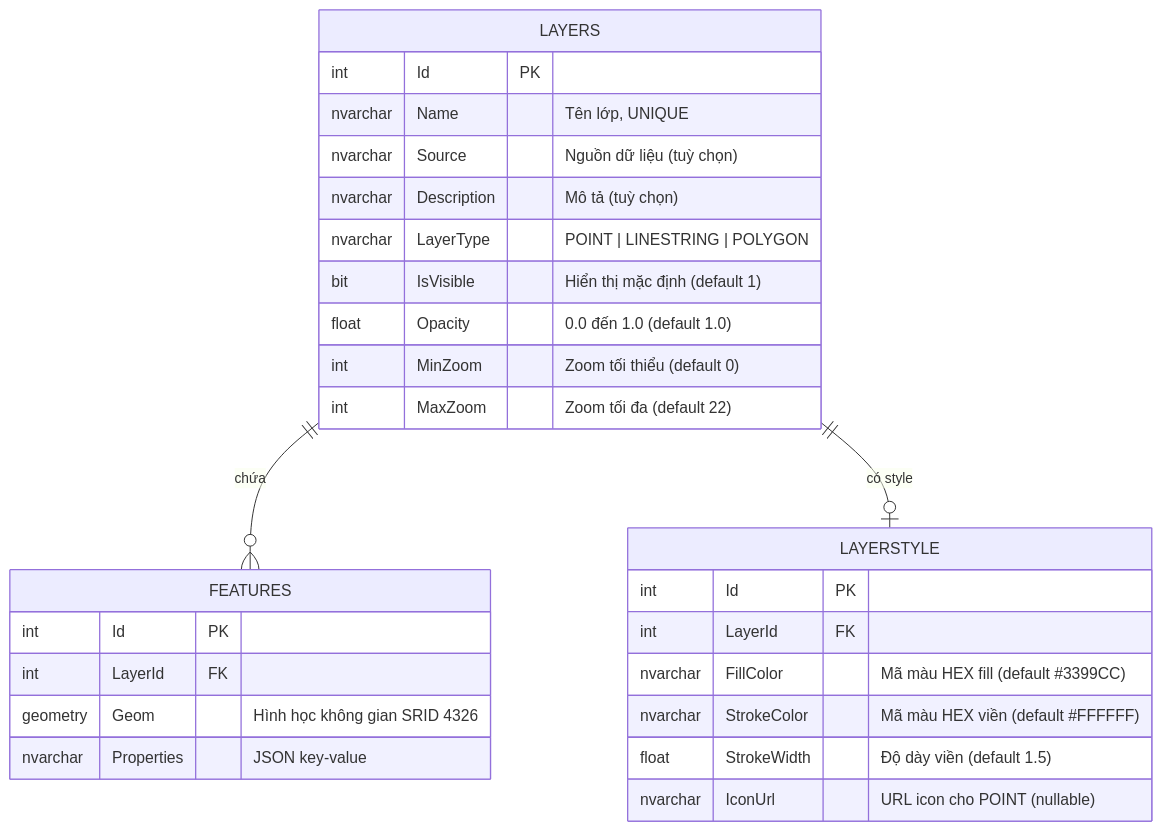
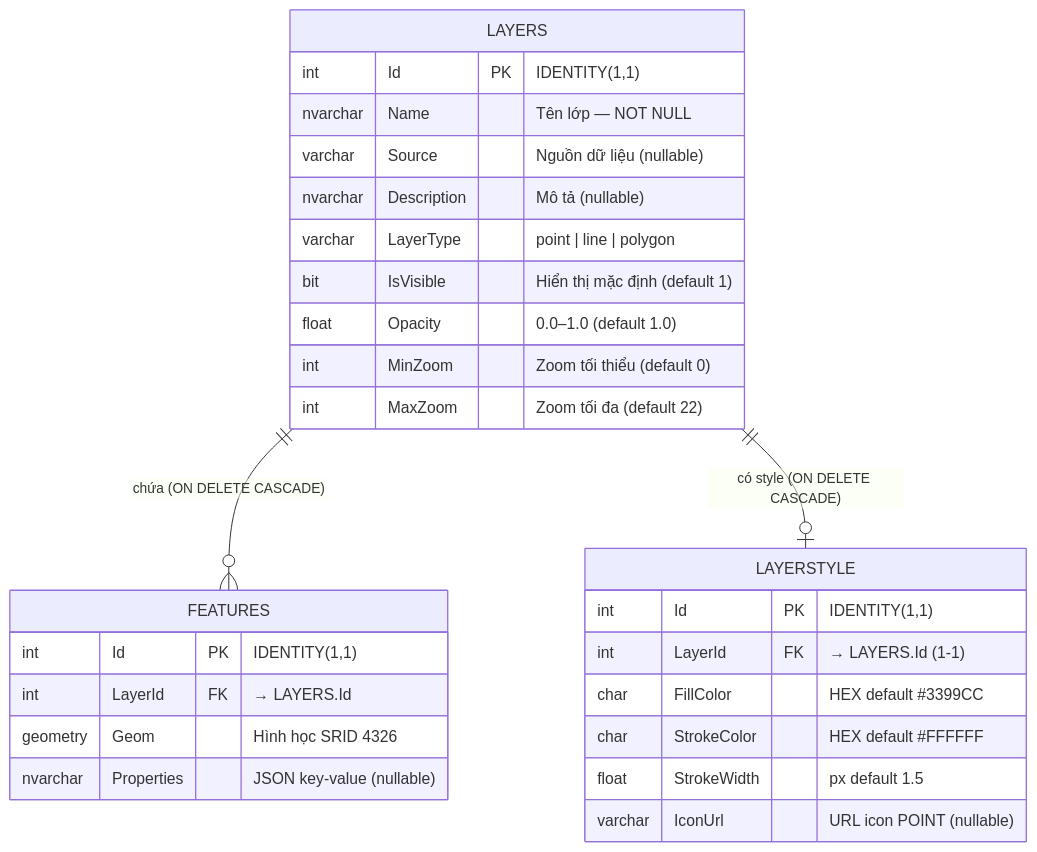
The diagram in gServer_Introduction/docs/database.md (giangvanhung/gServer_0.0.1), drawn with Mermaid before and after one commit. The commit also changed other lines of this file and 14 other files, not shown here.

````diff
--- a/gServer_Introduction/docs/database.md
+++ b/gServer_Introduction/docs/database.md
@@ -5,33 +5,33 @@
 ```mermaid
 erDiagram
-    LAYERS ||--o{ FEATURES : "chứa"
-    LAYERS ||--o| LAYERSTYLE : "có style"
+    LAYERS ||--o{ FEATURES  : "chứa (ON DELETE CASCADE)"
+    LAYERS ||--o| LAYERSTYLE : "có style (ON DELETE CASCADE)"
 
     LAYERS {
-        int Id PK
-        nvarchar Name "Tên lớp, UNIQUE"
-        nvarchar Source "Nguồn dữ liệu (tuỳ chọn)"
-        nvarchar Description "Mô tả (tuỳ chọn)"
-        nvarchar LayerType "POINT | LINESTRING | POLYGON"
-        bit IsVisible "Hiển thị mặc định (default 1)"
-        float Opacity "0.0 đến 1.0 (default 1.0)"
-        int MinZoom "Zoom tối thiểu (default 0)"
-        int MaxZoom "Zoom tối đa (default 22)"
+        int     Id          PK  "IDENTITY(1,1)"
+        nvarchar Name           "Tên lớp — NOT NULL"
+        varchar  Source         "Nguồn dữ liệu (nullable)"
+        nvarchar Description    "Mô tả (nullable)"
+        varchar  LayerType      "point | line | polygon"
+        bit      IsVisible      "Hiển thị mặc định (default 1)"
+        float    Opacity        "0.0–1.0 (default 1.0)"
+        int      MinZoom        "Zoom tối thiểu (default 0)"
+        int      MaxZoom        "Zoom tối đa (default 22)"
     }
 
     FEATURES {
-        int Id PK
-        int LayerId FK
-        geometry Geom "Hình học không gian SRID 4326"
-        nvarchar Properties "JSON key-value"
+        int      Id         PK  "IDENTITY(1,1)"
+        int      LayerId    FK  "→ LAYERS.Id"
+        geometry Geom           "Hình học SRID 4326"
+        nvarchar Properties     "JSON key-value (nullable)"
     }
 
     LAYERSTYLE {
-        int Id PK
-        int LayerId FK
-        nvarchar FillColor "Mã màu HEX fill (default #3399CC)"
-        nvarchar StrokeColor "Mã màu HEX viền (default #FFFFFF)"
-        float StrokeWidth "Độ dày viền (default 1.5)"
-        nvarchar IconUrl "URL icon cho POINT (nullable)"
+        int     Id          PK  "IDENTITY(1,1)"
+        int     LayerId     FK  "→ LAYERS.Id (1-1)"
+        char    FillColor       "HEX default #3399CC"
+        char    StrokeColor     "HEX default #FFFFFF"
+        float   StrokeWidth     "px default 1.5"
+        varchar IconUrl         "URL icon POINT (nullable)"
     }
 ```
````
